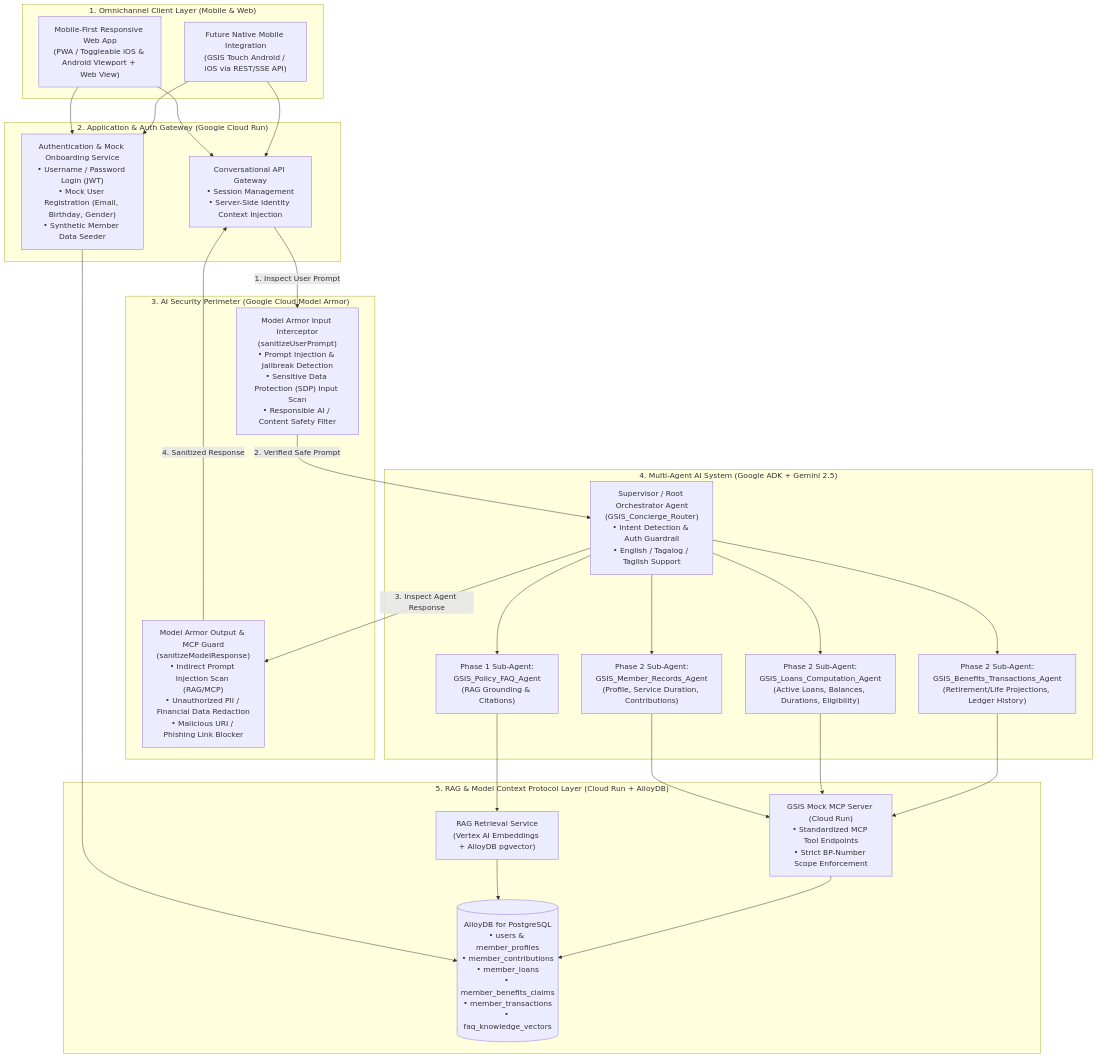
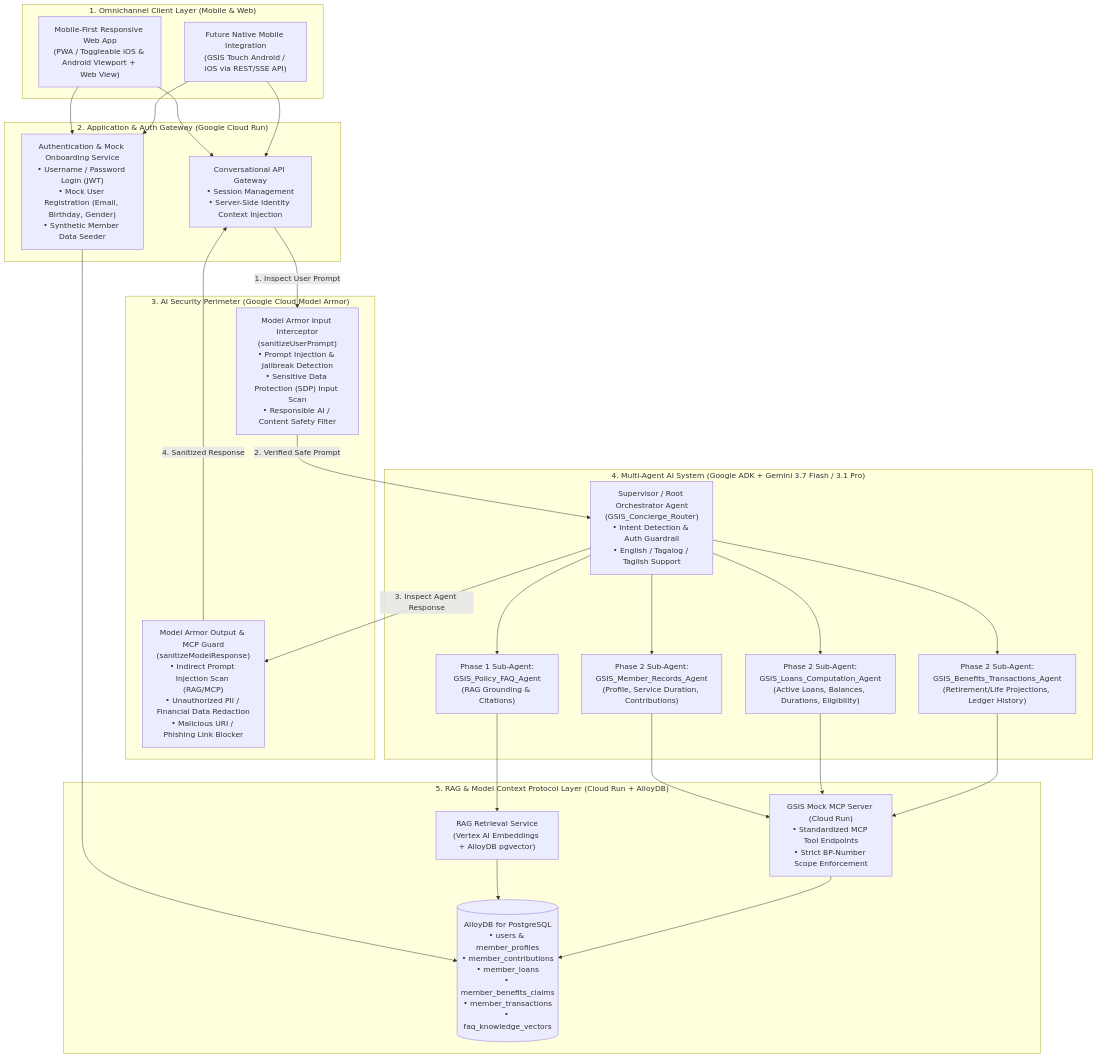
The second of 3 diagrams in 01_BRD_GSIS_OMNICHANNEL_AI_CHATBOT.md (markea/gsis-chatbot-demo-2026), drawn with Mermaid before and after one commit. The commit also changed other lines of this file and 3 other files, not shown here.

Commit message:
docs: update foundation model specifications to Gemini 3.1 Pro and Gemini 3.7 Flash across BRD and TDDs

````diff
--- a/01_BRD_GSIS_OMNICHANNEL_AI_CHATBOT.md
+++ b/01_BRD_GSIS_OMNICHANNEL_AI_CHATBOT.md
@@ -160,42 +160,42 @@
 ```mermaid
 flowchart TB
     subgraph ClientLayer["1. Omnichannel Client Layer (Mobile & Web)"]
         WebUI["Mobile-First Responsive Web App\n(PWA / Toggleable iOS & Android Viewport + Web View)"]
         NativeApp["Future Native Mobile Integration\n(GSIS Touch Android / iOS via REST/SSE API)"]
     end
 
     subgraph CloudRunApp["2. Application & Auth Gateway (Google Cloud Run)"]
         AuthSvc["Authentication & Mock Onboarding Service\n• Username / Password Login (JWT)\n• Mock User Registration (Email, Birthday, Gender)\n• Synthetic Member Data Seeder"]
         ChatAPI["Conversational API Gateway\n• Session Management\n• Server-Side Identity Context Injection"]
     end
 
     subgraph ModelArmorLayer["3. AI Security Perimeter (Google Cloud Model Armor)"]
         MA_In["Model Armor Input Interceptor\n(sanitizeUserPrompt)\n• Prompt Injection & Jailbreak Detection\n• Sensitive Data Protection (SDP) Input Scan\n• Responsible AI / Content Safety Filter"]
         MA_Out["Model Armor Output & MCP Guard\n(sanitizeModelResponse)\n• Indirect Prompt Injection Scan (RAG/MCP)\n• Unauthorized PII / Financial Data Redaction\n• Malicious URI / Phishing Link Blocker"]
     end
 
-    subgraph MultiAgentCore["4. Multi-Agent AI System (Google ADK + Gemini 2.5)"]
+    subgraph MultiAgentCore["4. Multi-Agent AI System (Google ADK + Gemini 3.7 Flash / 3.1 Pro)"]
         Supervisor["Supervisor / Root Orchestrator Agent\n(GSIS_Concierge_Router)\n• Intent Detection & Auth Guardrail\n• English / Tagalog / Taglish Support"]
         FAQAgent["Phase 1 Sub-Agent:\nGSIS_Policy_FAQ_Agent\n(RAG Grounding & Citations)"]
         ContribAgent["Phase 2 Sub-Agent:\nGSIS_Member_Records_Agent\n(Profile, Service Duration, Contributions)"]
         LoanAgent["Phase 2 Sub-Agent:\nGSIS_Loans_Computation_Agent\n(Active Loans, Balances, Durations, Eligibility)"]
         BenefitAgent["Phase 2 Sub-Agent:\nGSIS_Benefits_Transactions_Agent\n(Retirement/Life Projections, Ledger History)"]
     end
 
     subgraph DataAndMCP["5. RAG & Model Context Protocol Layer (Cloud Run + AlloyDB)"]
         RAGEngine["RAG Retrieval Service\n(Vertex AI Embeddings + AlloyDB pgvector)"]
         MCPServer["GSIS Mock MCP Server (Cloud Run)\n• Standardized MCP Tool Endpoints\n• Strict BP-Number Scope Enforcement"]
         AlloyDB[("AlloyDB for PostgreSQL\n• users & member_profiles\n• member_contributions\n• member_loans\n• member_benefits_claims\n• member_transactions\n• faq_knowledge_vectors")]
     end
 
     WebUI & NativeApp --> AuthSvc & ChatAPI
     AuthSvc --> AlloyDB
     ChatAPI -->|"1. Inspect User Prompt"| MA_In
     MA_In -->|"2. Verified Safe Prompt"| Supervisor
     Supervisor --> FAQAgent
     Supervisor --> ContribAgent & LoanAgent & BenefitAgent
     FAQAgent --> RAGEngine --> AlloyDB
     ContribAgent & LoanAgent & BenefitAgent --> MCPServer --> AlloyDB
     Supervisor -->|"3. Inspect Agent Response"| MA_Out
     MA_Out -->|"4. Sanitized Response"| ChatAPI
 ```
````
